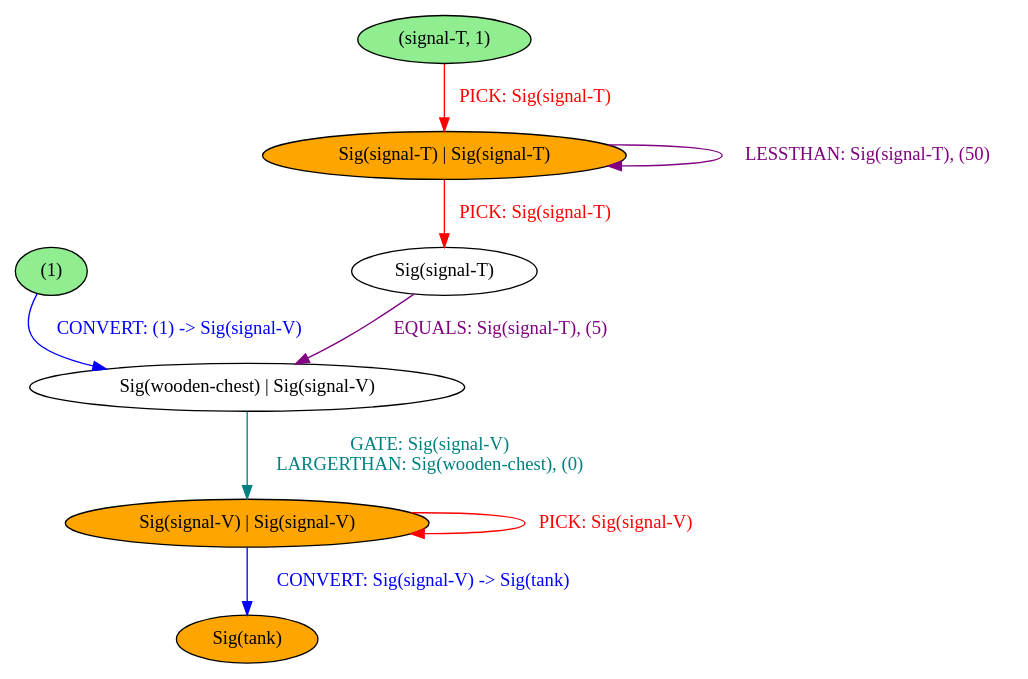
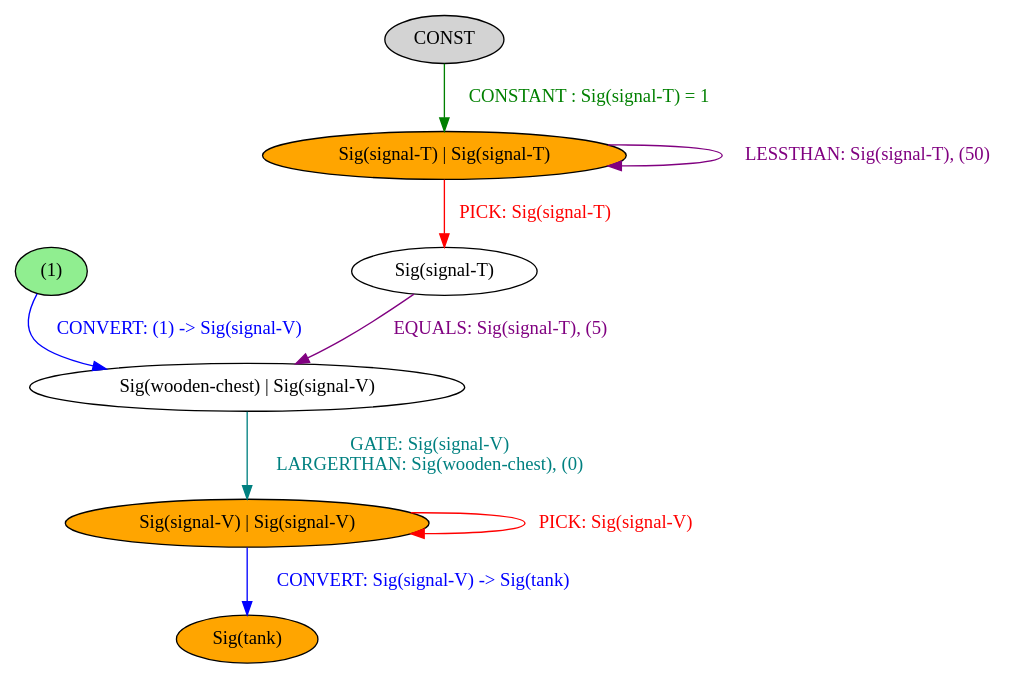
The diagram in chef/example_outputs/counter.dot (BalderHolst/chef), drawn with Graphviz before and after one commit. The commit also changed 1 other file, not shown here.

Commit message:
Convert constant combinators to blueprints

```diff
--- a/chef/example_outputs/counter.dot
+++ b/chef/example_outputs/counter.dot
@@ -1,19 +1,19 @@
 strict digraph {
 	nodesep=1
 	5	[style=filled fillcolor=white label="Sig(signal-T)"]
 	7	[style=filled fillcolor=lightgreen label="(1)"]
 	1	[style=filled fillcolor=orange label="Sig(signal-T) | Sig(signal-T)"]
 	3	[style=filled fillcolor=orange label="Sig(signal-V) | Sig(signal-V)"]
-	2	[style=filled fillcolor=lightgreen label="(signal-T, 1)"]
+	2	[style=filled fillcolor=lightgray label="CONST"]
 	9	[style=filled fillcolor=orange label="Sig(tank)"]
 	8	[style=filled fillcolor=white label="Sig(wooden-chest) | Sig(signal-V)"]
 	5 -> 8	[label="EQUALS: Sig(signal-T), (5)" color=purple fontcolor=purple]
 	7 -> 8	[label="CONVERT: (1) -> Sig(signal-V)" color=blue fontcolor=blue]
 	1 -> 1	[label="LESSTHAN: Sig(signal-T), (50)" color=purple fontcolor=purple]
 	1 -> 5	[label="PICK: Sig(signal-T)" color=red fontcolor=red]
 	3 -> 3	[label="PICK: Sig(signal-V)" color=red fontcolor=red]
 	3 -> 9	[label="CONVERT: Sig(signal-V) -> Sig(tank)" color=blue fontcolor=blue]
-	2 -> 1	[label="PICK: Sig(signal-T)" color=red fontcolor=red]
+	2 -> 1	[label="CONSTANT : Sig(signal-T) = 1" color=green fontcolor=green]
 	8 -> 3	[label="GATE: Sig(signal-V)
 LARGERTHAN: Sig(wooden-chest), (0)" color=teal fontcolor=teal]
 }
```
